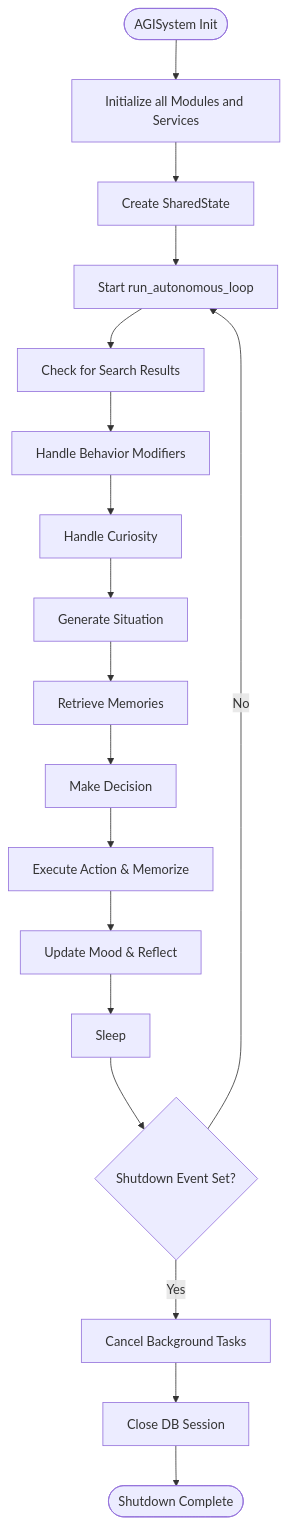
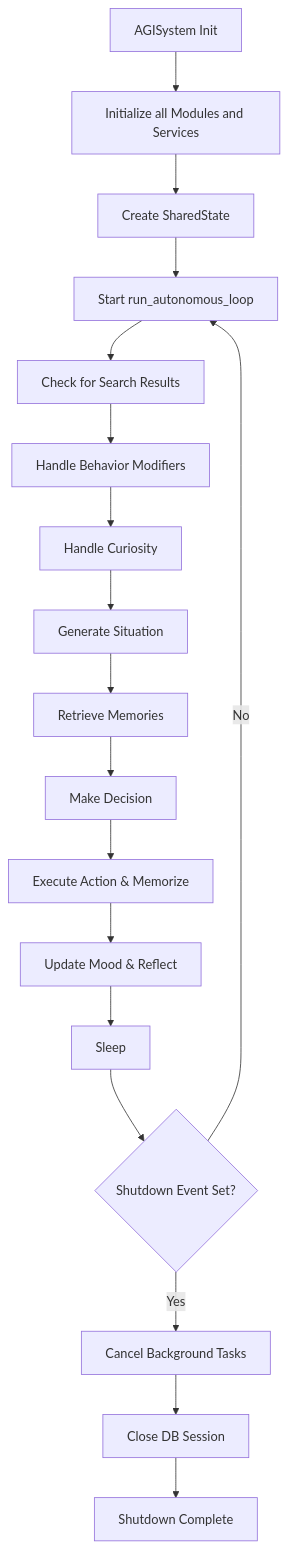
Before and after one commit to Likhithsai2580/RAVANA-WIKI: the third of 3 diagrams in docs/API Reference/Module-Specific APIs.md, drawn with Mermaid. The commit also changed 52 other files, not shown here.

First line of the commit message:
chore(docs): update documentation content, fix Mermaid diagrams, and enhance README

````diff
--- a/docs/API Reference/Module-Specific APIs.md
+++ b/docs/API Reference/Module-Specific APIs.md
@@ -297,20 +297,20 @@
 ```mermaid
 flowchart TD
-Start([AGISystem Init]) --> InitModules["Initialize all Modules and Services"]
+Start["AGISystem Init"] --> InitModules["Initialize all Modules and Services"]
 InitModules --> CreateState["Create SharedState"]
 CreateState --> StartLoop["Start run_autonomous_loop"]
 StartLoop --> CheckSearch["Check for Search Results"]
 CheckSearch --> HandleModifiers["Handle Behavior Modifiers"]
 HandleModifiers --> HandleCuriosity["Handle Curiosity"]
 HandleCuriosity --> GenerateSituation["Generate Situation"]
 GenerateSituation --> RetrieveMemories["Retrieve Memories"]
 RetrieveMemories --> MakeDecision["Make Decision"]
 MakeDecision --> ExecuteAction["Execute Action & Memorize"]
 ExecuteAction --> UpdateMood["Update Mood & Reflect"]
 UpdateMood --> Sleep["Sleep"]
 Sleep --> CheckShutdown{"Shutdown Event Set?"}
 CheckShutdown --> |No| StartLoop
 CheckShutdown --> |Yes| CancelTasks["Cancel Background Tasks"]
 CancelTasks --> CloseSession["Close DB Session"]
-CloseSession --> End([Shutdown Complete])
+CloseSession --> End["Shutdown Complete"]
 ```
````
